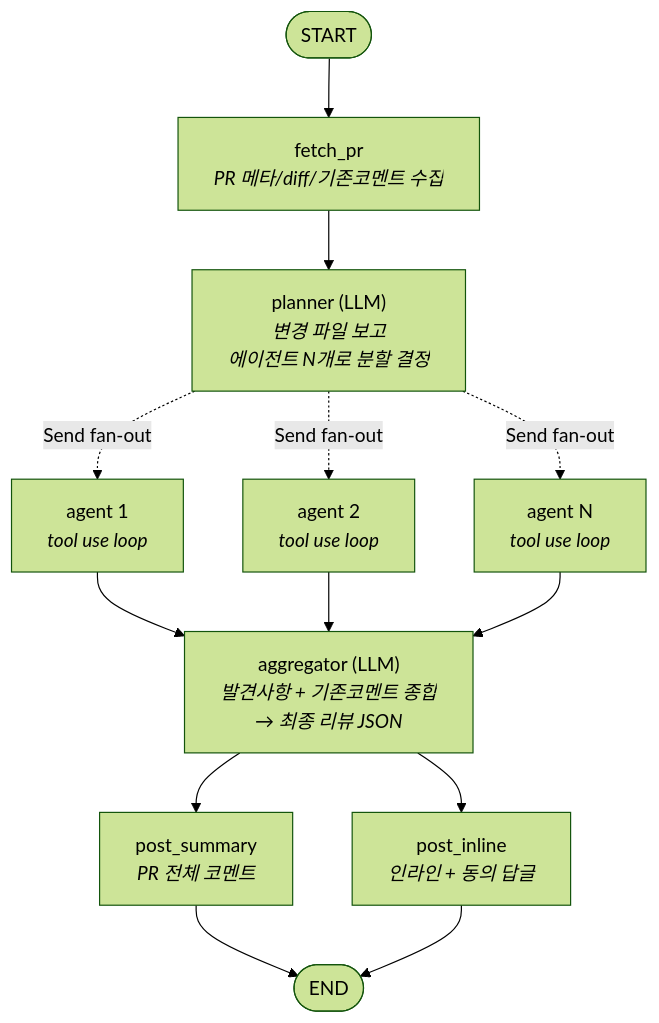
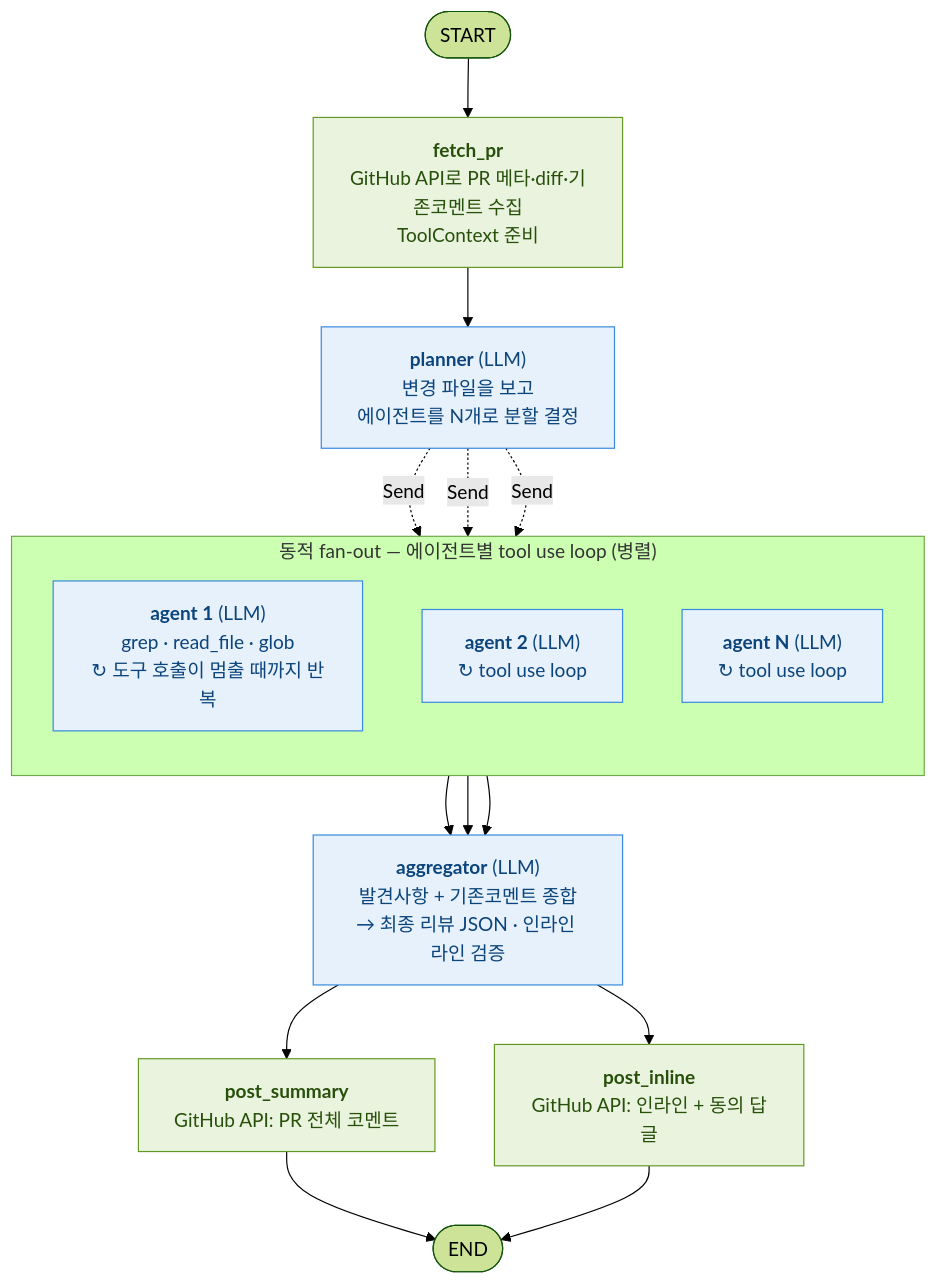
The diagram in README.md (hong-p/review2), drawn with Mermaid (forest theme) before and after one commit. The commit also changed other lines of this file and 6 other files, not shown here.

First line of the commit message:
GitHub 연동을 MCP에서 REST API 직접 호출로 교체

````diff
--- a/README.md
+++ b/README.md
@@ -9,17 +9,33 @@
 ```mermaid
-graph TD
+flowchart TD
     START([START]) --> fetch_pr
-    fetch_pr["fetch_pr<br/><i>PR 메타/diff/기존코멘트 수집</i>"] --> planner
-    planner["planner (LLM)<br/><i>변경 파일 보고<br/>에이전트 N개로 분할 결정</i>"]
-    planner -.Send fan-out.-> a1["agent 1<br/><i>tool use loop</i>"]
-    planner -.Send fan-out.-> a2["agent 2<br/><i>tool use loop</i>"]
-    planner -.Send fan-out.-> aN["agent N<br/><i>tool use loop</i>"]
+    fetch_pr["<b>fetch_pr</b><br/>GitHub API로 PR 메타·diff·기존코멘트 수집<br/>ToolContext 준비"]
+    fetch_pr --> planner
+    planner["<b>planner</b> (LLM)<br/>변경 파일을 보고<br/>에이전트를 N개로 분할 결정"]
+
+    planner -. "Send" .-> a1
+    planner -. "Send" .-> a2
+    planner -. "Send" .-> aN
+
+    subgraph fan["동적 fan-out — 에이전트별 tool use loop (병렬)"]
+        direction TB
+        a1["<b>agent 1</b> (LLM)<br/>grep · read_file · glob<br/>↻ 도구 호출이 멈출 때까지 반복"]
+        a2["<b>agent 2</b> (LLM)<br/>↻ tool use loop"]
+        aN["<b>agent N</b> (LLM)<br/>↻ tool use loop"]
+    end
+
     a1 --> aggregator
     a2 --> aggregator
     aN --> aggregator
-    aggregator["aggregator (LLM)<br/><i>발견사항 + 기존코멘트 종합<br/>→ 최종 리뷰 JSON</i>"]
-    aggregator --> post_summary["post_summary<br/><i>PR 전체 코멘트</i>"]
-    aggregator --> post_inline["post_inline<br/><i>인라인 + 동의 답글</i>"]
+    aggregator["<b>aggregator</b> (LLM)<br/>발견사항 + 기존코멘트 종합<br/>→ 최종 리뷰 JSON · 인라인 라인 검증"]
+
+    aggregator --> post_summary["<b>post_summary</b><br/>GitHub API: PR 전체 코멘트"]
+    aggregator --> post_inline["<b>post_inline</b><br/>GitHub API: 인라인 + 동의 답글"]
     post_summary --> END([END])
     post_inline --> END
+
+    classDef llm fill:#e6f1fb,stroke:#378add,color:#0c447c
+    classDef io fill:#eaf3de,stroke:#639922,color:#27500a
+    class planner,a1,a2,aN,aggregator llm
+    class fetch_pr,post_summary,post_inline io
 ```
````
